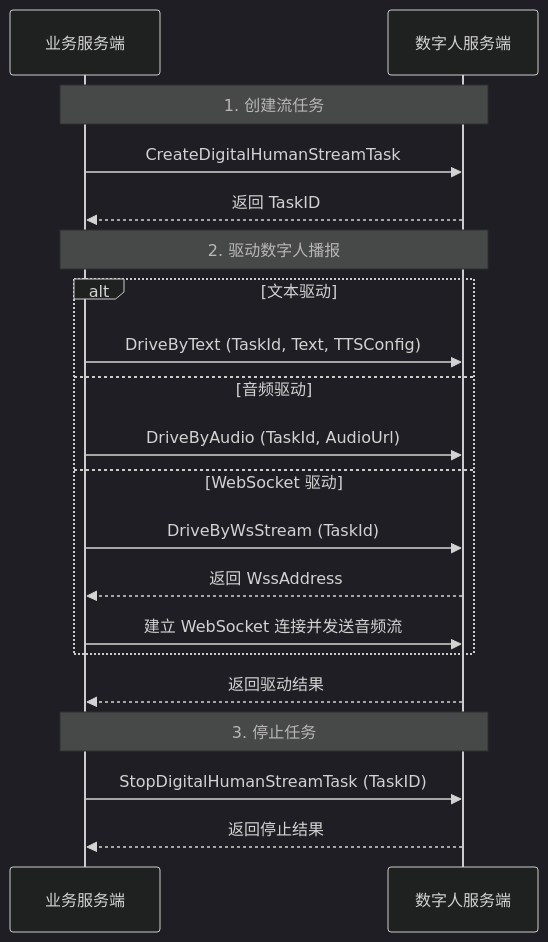
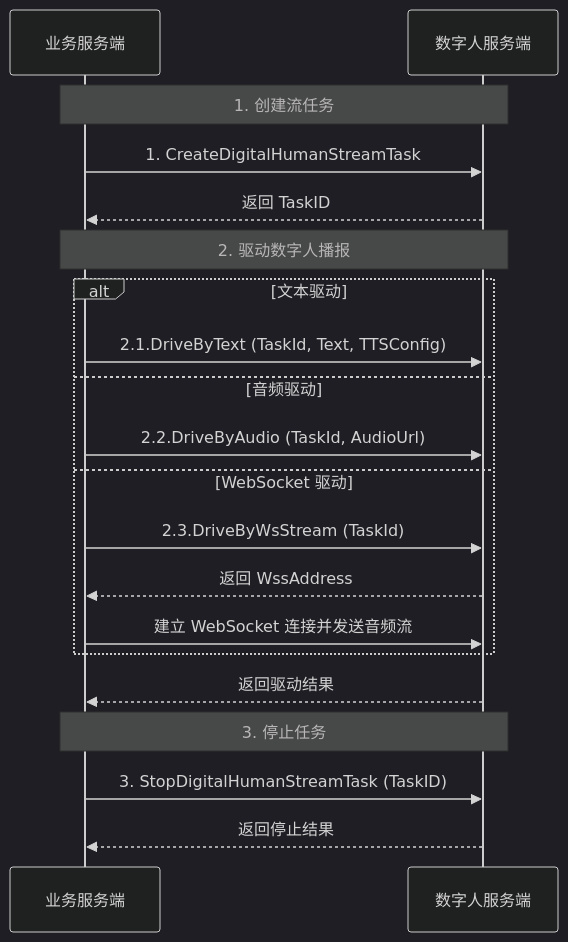
The diagram in core_products/digital-human/zh/server/quick-start/digital-human-livestreaming.mdx (ZEGOCLOUD/docs_all), drawn with Mermaid (dark theme) before and after one commit. The commit also changed other lines of this file and 8 other files, not shown here.

Commit message:
DigitalHuman: review quickstart

````diff
--- a/core_products/digital-human/zh/server/quick-start/digital-human-livestreaming.mdx
+++ b/core_products/digital-human/zh/server/quick-start/digital-human-livestreaming.mdx
@@ -33,25 +36,25 @@
 ```mermaid
 sequenceDiagram
     participant Server as 业务服务端
     participant PaaS as 数字人服务端
 
     Note over Server, PaaS: 1. 创建流任务
-    Server->>PaaS: CreateDigitalHumanStreamTask
+    Server->>PaaS: 1. CreateDigitalHumanStreamTask
     PaaS-->>Server: 返回 TaskID
 
     Note over Server, PaaS: 2. 驱动数字人播报
     alt 文本驱动
-        Server->>PaaS: DriveByText (TaskId, Text, TTSConfig)
+        Server->>PaaS: 2.1.DriveByText (TaskId, Text, TTSConfig)
     else 音频驱动
-        Server->>PaaS: DriveByAudio (TaskId, AudioUrl)
+        Server->>PaaS: 2.2.DriveByAudio (TaskId, AudioUrl)
     else WebSocket 驱动
-        Server->>PaaS: DriveByWsStream (TaskId)
+        Server->>PaaS: 2.3.DriveByWsStream (TaskId)
         PaaS-->>Server: 返回 WssAddress
         Server->>PaaS: 建立 WebSocket 连接并发送音频流
     end
     PaaS-->>Server: 返回驱动结果
 
     Note over Server, PaaS: 3. 停止任务
-    Server->>PaaS: StopDigitalHumanStreamTask (TaskID)
+    Server->>PaaS: 3. StopDigitalHumanStreamTask (TaskID)
     PaaS-->>Server: 返回停止结果
 ```
````
